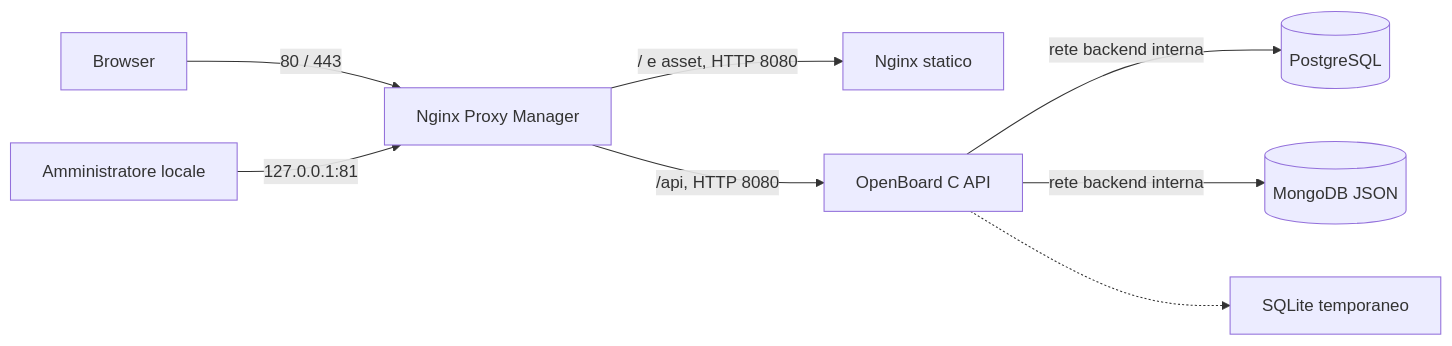
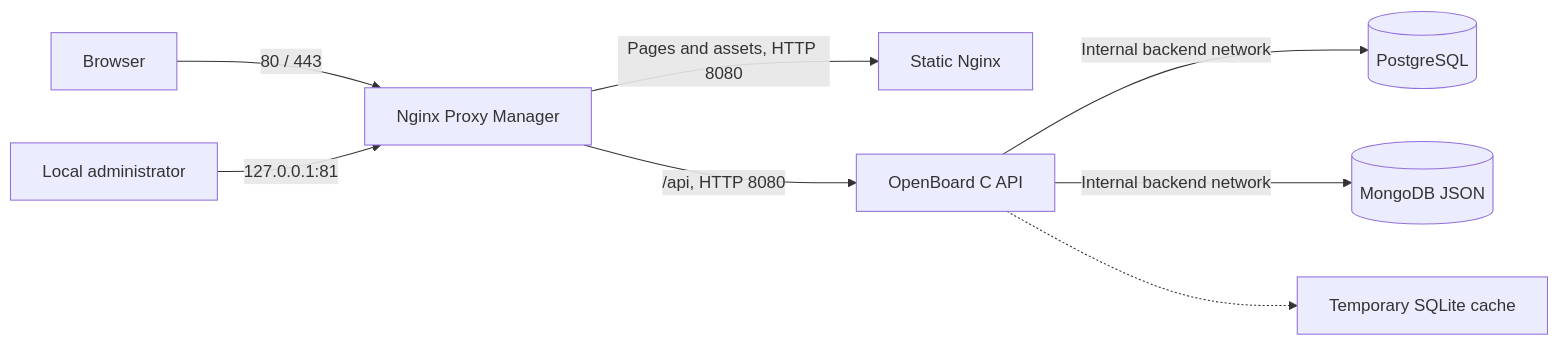
The diagram in docs/DEPLOYMENT.md (GiorgioOppo/OpenBoard), drawn with Mermaid before and after one commit. The commit also changed other lines of this file and 79 other files, not shown here.

````diff
--- a/docs/DEPLOYMENT.md
+++ b/docs/DEPLOYMENT.md
@@ -5,10 +5,10 @@
 ```mermaid
 flowchart LR
     Browser -->|80 / 443| NPM[Nginx Proxy Manager]
-    Admin[Amministratore locale] -->|127.0.0.1:81| NPM
-    NPM -->|/ e asset, HTTP 8080| Frontend[Nginx statico]
+    Admin[Local administrator] -->|127.0.0.1:81| NPM
+    NPM -->|Pages and assets, HTTP 8080| Frontend[Static Nginx]
     NPM -->|/api, HTTP 8080| App[OpenBoard C API]
-    App -->|rete backend interna| PG[(PostgreSQL)]
-    App -->|rete backend interna| Mongo[(MongoDB JSON)]
-    App -.-> Cache[SQLite temporaneo]
+    App -->|Internal backend network| PG[(PostgreSQL)]
+    App -->|Internal backend network| Mongo[(MongoDB JSON)]
+    App -.-> Cache[Temporary SQLite cache]
 ```
````
